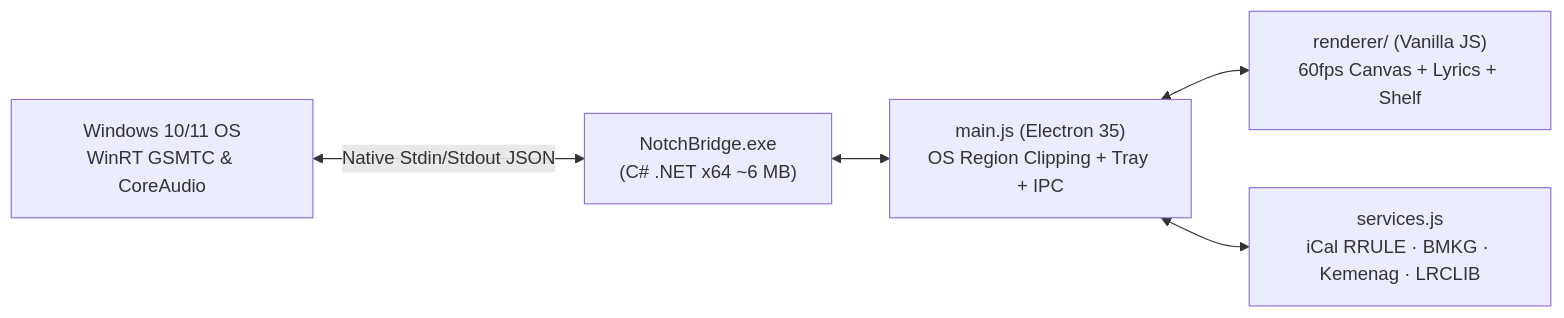
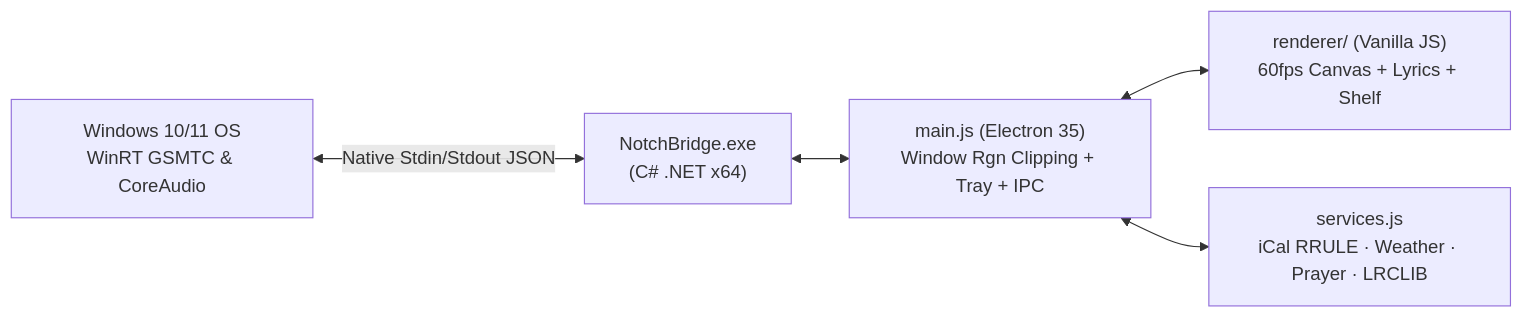
The diagram in README.md (Asikraam/DynotchFlow), drawn with Mermaid before and after one commit. The commit also changed other lines of this file and 13 other files, not shown here.

````diff
--- a/README.md
+++ b/README.md
@@ -142,7 +169,7 @@
 ```mermaid
 flowchart LR
-    WIN["Windows 10/11 OS<br/>WinRT GSMTC & CoreAudio"] <-->|Native Stdin/Stdout JSON| NB["NotchBridge.exe<br/>(C# .NET x64 ~6 MB)"]
-    NB <--> MAIN["main.js (Electron 35)<br/>OS Region Clipping + Tray + IPC"]
+    WIN["Windows 10/11 OS<br/>WinRT GSMTC & CoreAudio"] <-->|Native Stdin/Stdout JSON| NB["NotchBridge.exe<br/>(C# .NET x64)"]
+    NB <--> MAIN["main.js (Electron 35)<br/>Window Rgn Clipping + Tray + IPC"]
     MAIN <--> REN["renderer/ (Vanilla JS)<br/>60fps Canvas + Lyrics + Shelf"]
-    MAIN <--> SVC["services.js<br/>iCal RRULE · BMKG · Kemenag · LRCLIB"]
+    MAIN <--> SVC["services.js<br/>iCal RRULE · Weather · Prayer · LRCLIB"]
 ```
````
